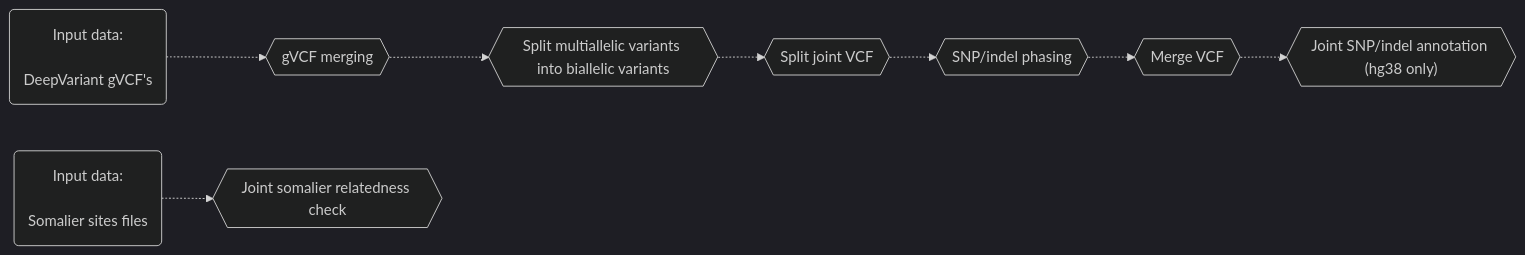
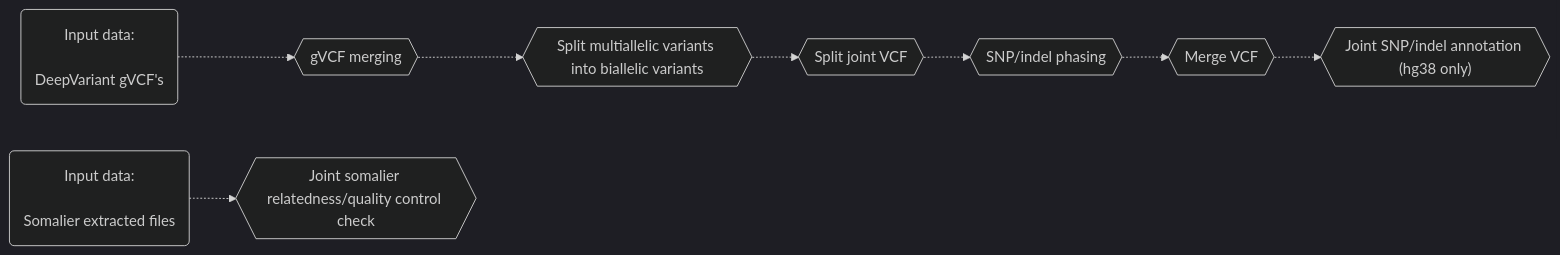
Before and after one commit to leahkemp/pipeface: the diagram in docs/popface/info.md, drawn with Mermaid. The commit also changed other lines of this file and 2 other files, not shown here.

````diff
--- a/docs/popface/info.md
+++ b/docs/popface/info.md
@@ -5,19 +5,19 @@
 ```mermaid
 %%{init: {'theme':'dark'}}%%
 flowchart LR
 
 input_gvcf("Input data: <br><br> DeepVariant gVCF's")
 gvcf_merging{{"gVCF merging"}}
 joint_split_multiallele{{"Split multiallelic variants into biallelic variants"}}
 split_vcf{{"Split joint VCF"}}
 snp_indel_phasing{{"SNP/indel phasing"}}
 merge_vcf{{"Merge VCF"}}
 joint_snp_indel_annotation{{"Joint SNP/indel annotation (hg38 only)"}}
 
-input_somalier("Input data: <br><br> Somalier sites files")
-joint_somalier{{"Joint somalier relatedness check"}}
+input_somalier("Input data: <br><br> Somalier extracted files")
+joint_somalier{{"Joint somalier relatedness/quality control check"}}
 
 input_gvcf-.->gvcf_merging-.->joint_split_multiallele-.->split_vcf-.->snp_indel_phasing-.->merge_vcf-.->joint_snp_indel_annotation
 input_somalier-.->joint_somalier
 
 ```
````
